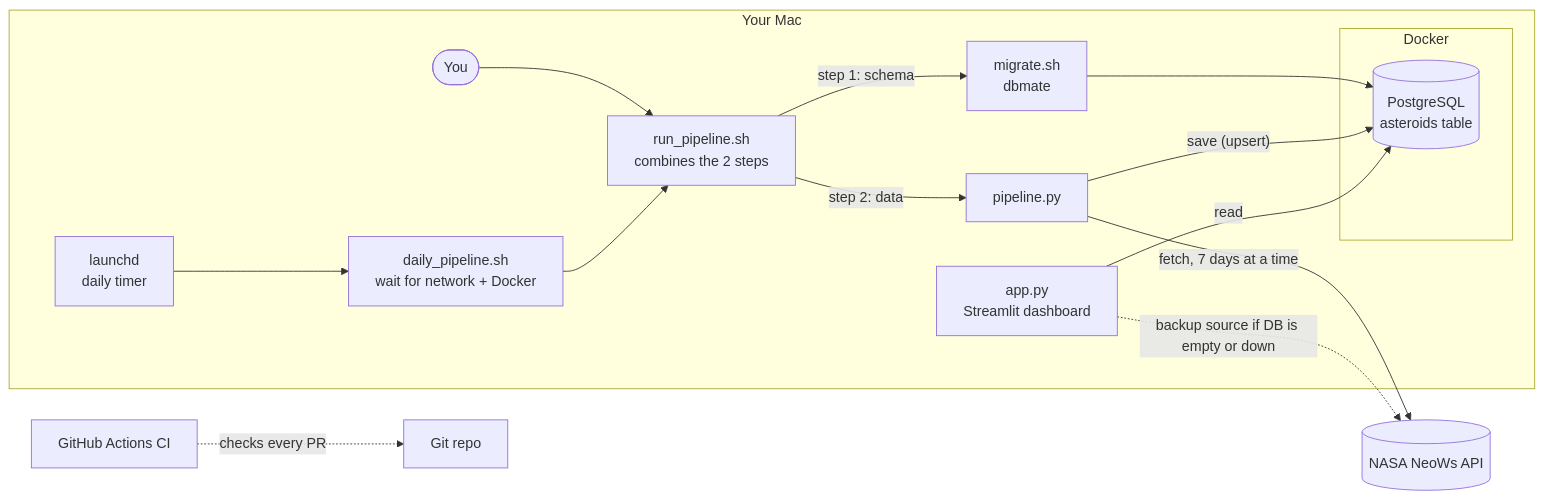
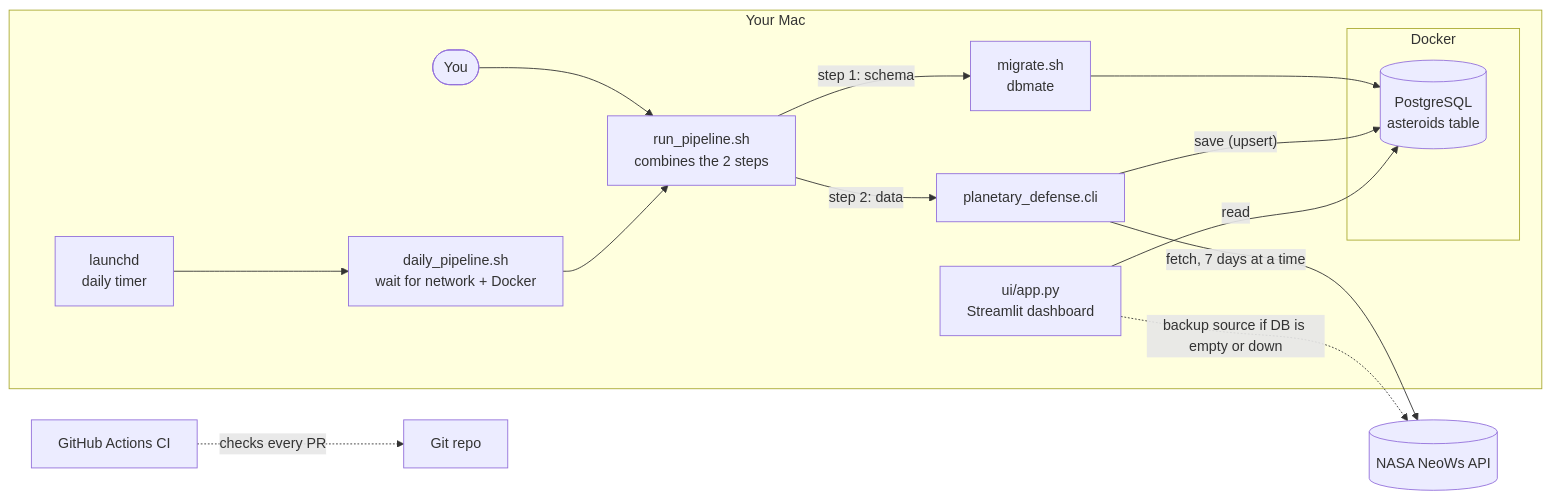
Before and after one commit to ksbn/neo-project: the first of 5 diagrams in docs/ARCHITECTURE.md, drawn with Mermaid. The commit also changed other lines of this file and 70 other files, not shown here.

First line of the commit message:
Restructure into the src/planetary_defense package (no behaviour change)

````diff
--- a/docs/ARCHITECTURE.md
+++ b/docs/ARCHITECTURE.md
@@ -17,20 +17,20 @@
 ```mermaid
 flowchart LR
     subgraph Mac["Your Mac"]
         L["launchd<br/>daily timer"] --> D["daily_pipeline.sh<br/>wait for network + Docker"]
         You(["You"]) --> R
         D --> R["run_pipeline.sh<br/>combines the 2 steps"]
         R -->|"step 1: schema"| M["migrate.sh<br/>dbmate"]
-        R -->|"step 2: data"| P["pipeline.py"]
+        R -->|"step 2: data"| P["planetary_defense.cli"]
         subgraph Docker
             DB[("PostgreSQL<br/>asteroids table")]
         end
         M --> DB
         P -->|"save (upsert)"| DB
-        A["app.py<br/>Streamlit dashboard"] -->|"read"| DB
+        A["ui/app.py<br/>Streamlit dashboard"] -->|"read"| DB
     end
     NASA[("NASA NeoWs API")]
     P -->|"fetch, 7 days at a time"| NASA
     A -.->|"backup source if DB is empty or down"| NASA
     GH["GitHub Actions CI"] -.->|"checks every PR"| Repo["Git repo"]
 ```
````
